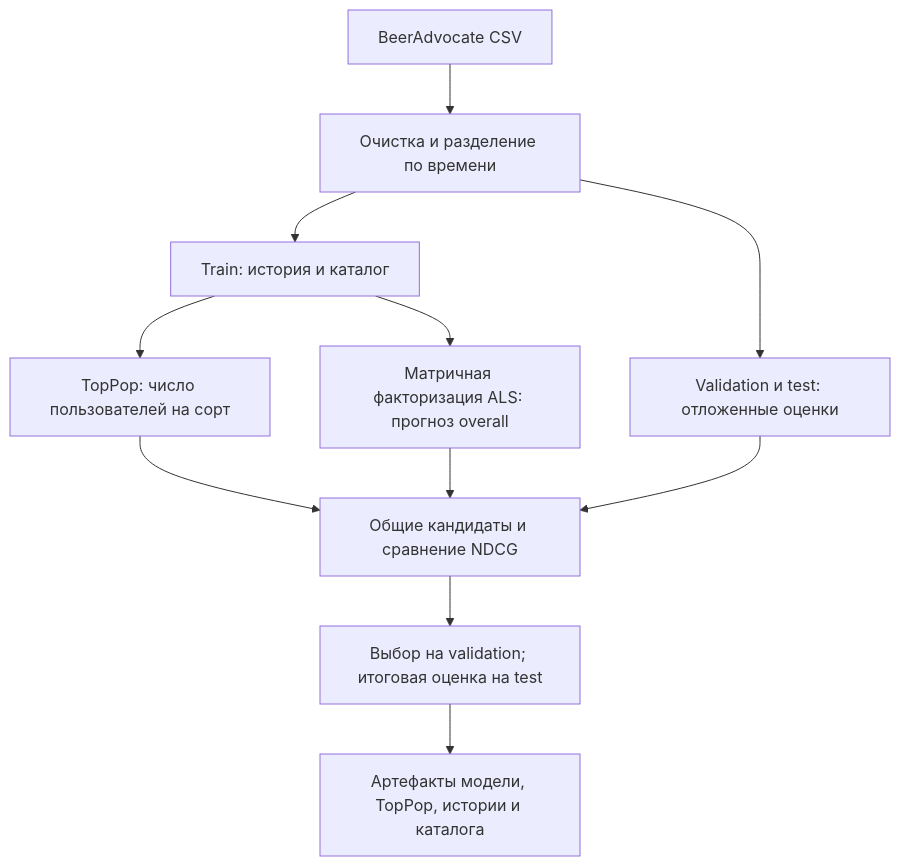
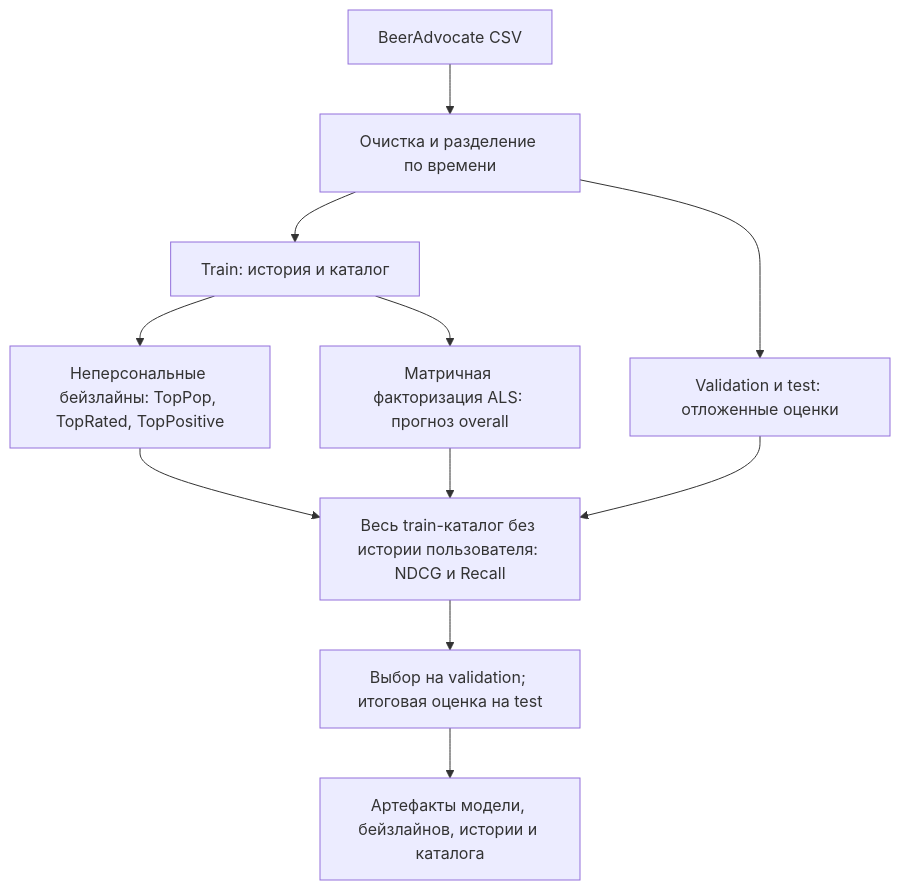
The first of 2 diagrams in docs/ml_system_design_doc.md (twixl0ver/beer4rec), drawn with Mermaid before and after one commit. The commit also changed other lines of this file, not shown here.

````diff
--- a/docs/ml_system_design_doc.md
+++ b/docs/ml_system_design_doc.md
@@ -137,13 +149,13 @@
 ```mermaid
 flowchart TD
     A[BeerAdvocate CSV] --> B[Очистка и разделение по времени]
     B --> C[Train: история и каталог]
     B --> V[Validation и test: отложенные оценки]
-    C --> D[TopPop: число пользователей на сорт]
+    C --> D[Неперсональные бейзлайны: TopPop, TopRated, TopPositive]
     C --> E[Матричная факторизация ALS: прогноз overall]
-    D --> F[Общие кандидаты и сравнение NDCG]
+    D --> F[Весь train-каталог без истории пользователя: NDCG и Recall]
     E --> F
     V --> F
     F --> G[Выбор на validation; итоговая оценка на test]
-    G --> H[Артефакты модели, TopPop, истории и каталога]
+    G --> H[Артефакты модели, бейзлайнов, истории и каталога]
 ```
````
